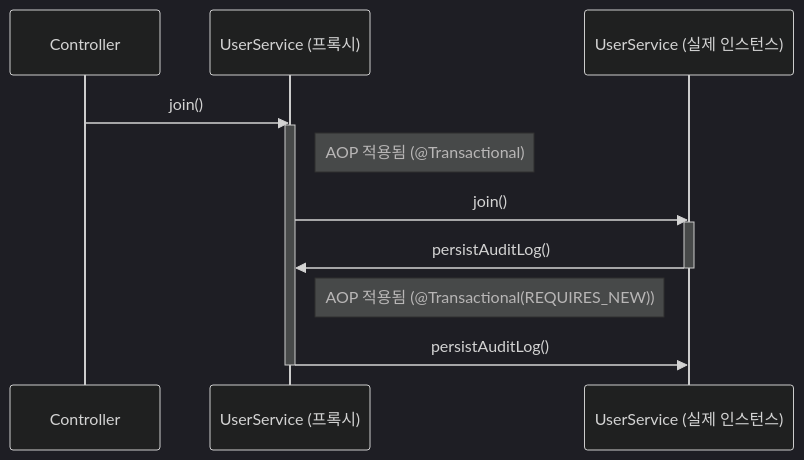
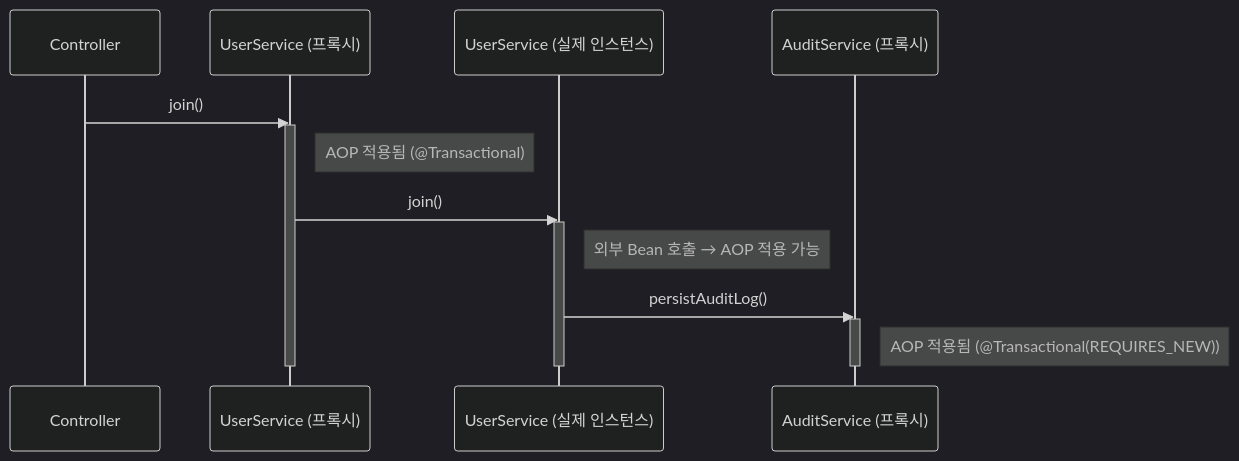
The first of 3 diagrams in README.md (xxxzerone/spring-transactional-demo), drawn with Mermaid (dark theme) before and after one commit.

Commit message:
mermaid aop success changed

````diff
--- a/README.md
+++ b/README.md
@@ -247,17 +247,22 @@
 ```mermaid
 sequenceDiagram
     participant Controller
     participant UserServiceProxy as UserService (프록시)
     participant UserService as UserService (실제 인스턴스)
+    participant AuditServiceProxy as AuditService (프록시)
 
     Controller->>UserServiceProxy: join()
     activate UserServiceProxy
     Note right of UserServiceProxy: AOP 적용됨 (@Transactional)
     UserServiceProxy->>UserService: join()
     activate UserService
-    UserService->>UserServiceProxy: persistAuditLog()
+
+    Note right of UserService: 외부 Bean 호출 → AOP 적용 가능
+    UserService->>AuditServiceProxy: persistAuditLog()
+    activate AuditServiceProxy
+    Note right of AuditServiceProxy: AOP 적용됨 (@Transactional(REQUIRES_NEW))
+    deactivate AuditServiceProxy
+
     deactivate UserService
-    Note right of UserServiceProxy: AOP 적용됨 (@Transactional(REQUIRES_NEW))
-    UserServiceProxy->>UserService: persistAuditLog()
     deactivate UserServiceProxy
 ```
````
